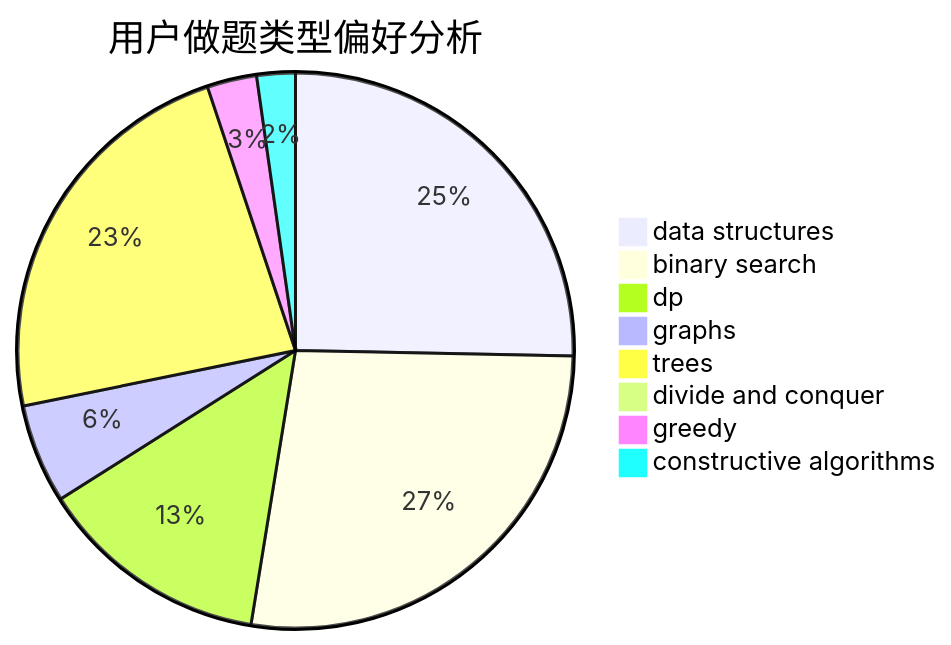
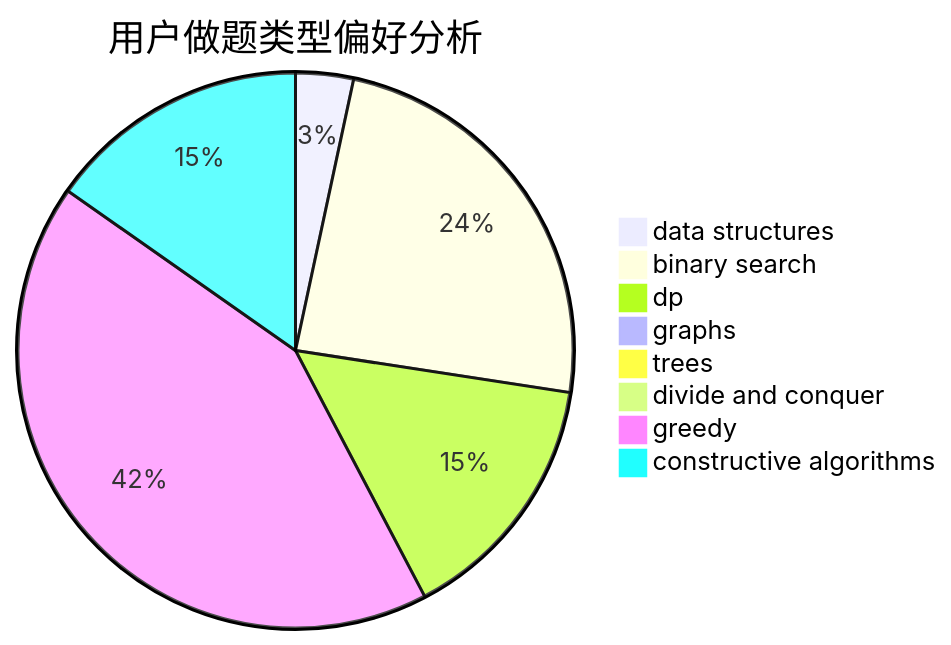
The second of 3 diagrams in docs/user/u1036.md (sherpahu/cfrs.github.io), drawn with Mermaid before and after one commit. The commit also changed other lines of this file and 2770 other files, not shown here.

````diff
--- a/docs/user/u1036.md
+++ b/docs/user/u1036.md
@@ -23,11 +23,11 @@
 ```mermaid
 pie title 用户做题类型偏好分析
-    "data structures" :  79
-    "binary search" :  85
-    "dp" :  42
-    "graphs" :  18
-    "trees" :  72
+    "data structures" :  26
+    "binary search" :  186
+    "dp" :  115
+    "graphs" :  2
+    "trees" :  0
     "divide and conquer" :  0
-    "greedy" :  9
-    "constructive algorithms" :  7
+    "greedy" :  328
+    "constructive algorithms" :  118
 ```
````
